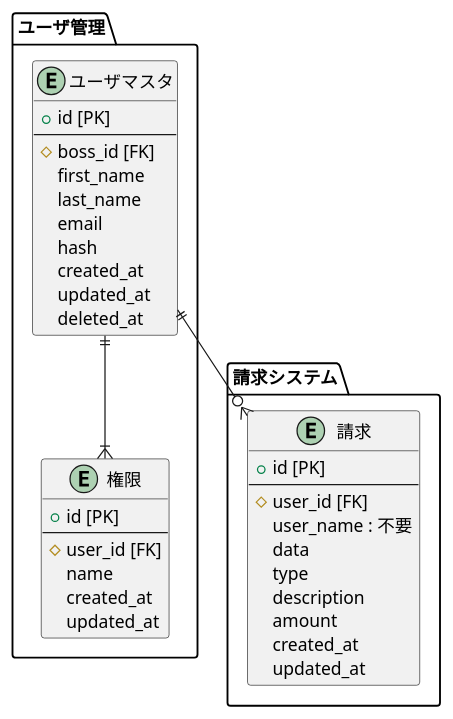
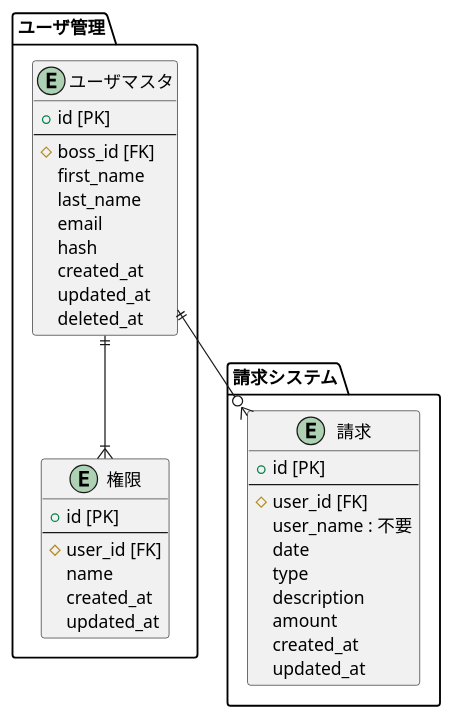
The diagram in uml/tables.pu (jkytf0122000/expense-reporter-sample), drawn with PlantUML before and after one commit. The commit also changed 1 other file, not shown here.

```diff
--- a/uml/tables.pu
+++ b/uml/tables.pu
@@ -1,45 +1,45 @@
 @startuml
 
 package 請求システム as expense_system {
   entity "請求" as expense {
     + id [PK]
     --
     # user_id [FK]
     user_name : 不要
-    data
+    date
     type
     description
     amount
     created_at
     updated_at
   }
 }
 
 package ユーザ管理 as user_management {
   entity "ユーザマスタ" as user {
     + id [PK]
     --
     # boss_id [FK]
     first_name
     last_name
     email
     hash
     created_at
     updated_at
     deleted_at
   }
 
   entity "権限" as role {
     + id [PK]
     --
     # user_id [FK]
     name
     created_at
     updated_at
   }
 }
 
   user ||--|{ role
   user ||--o{ expense
 
 @enduml
```
